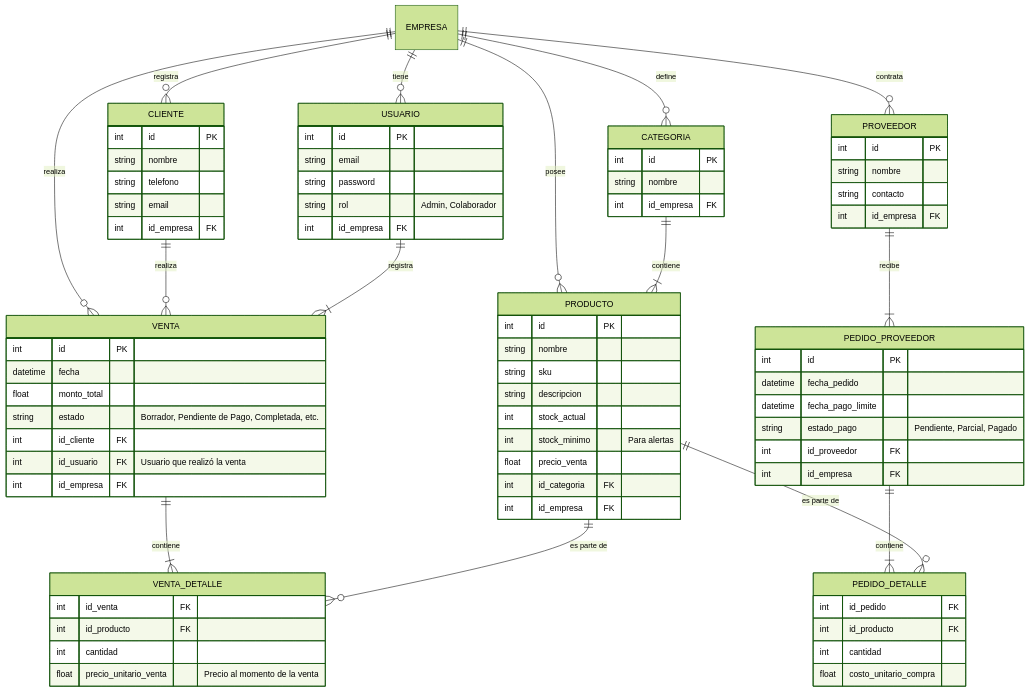
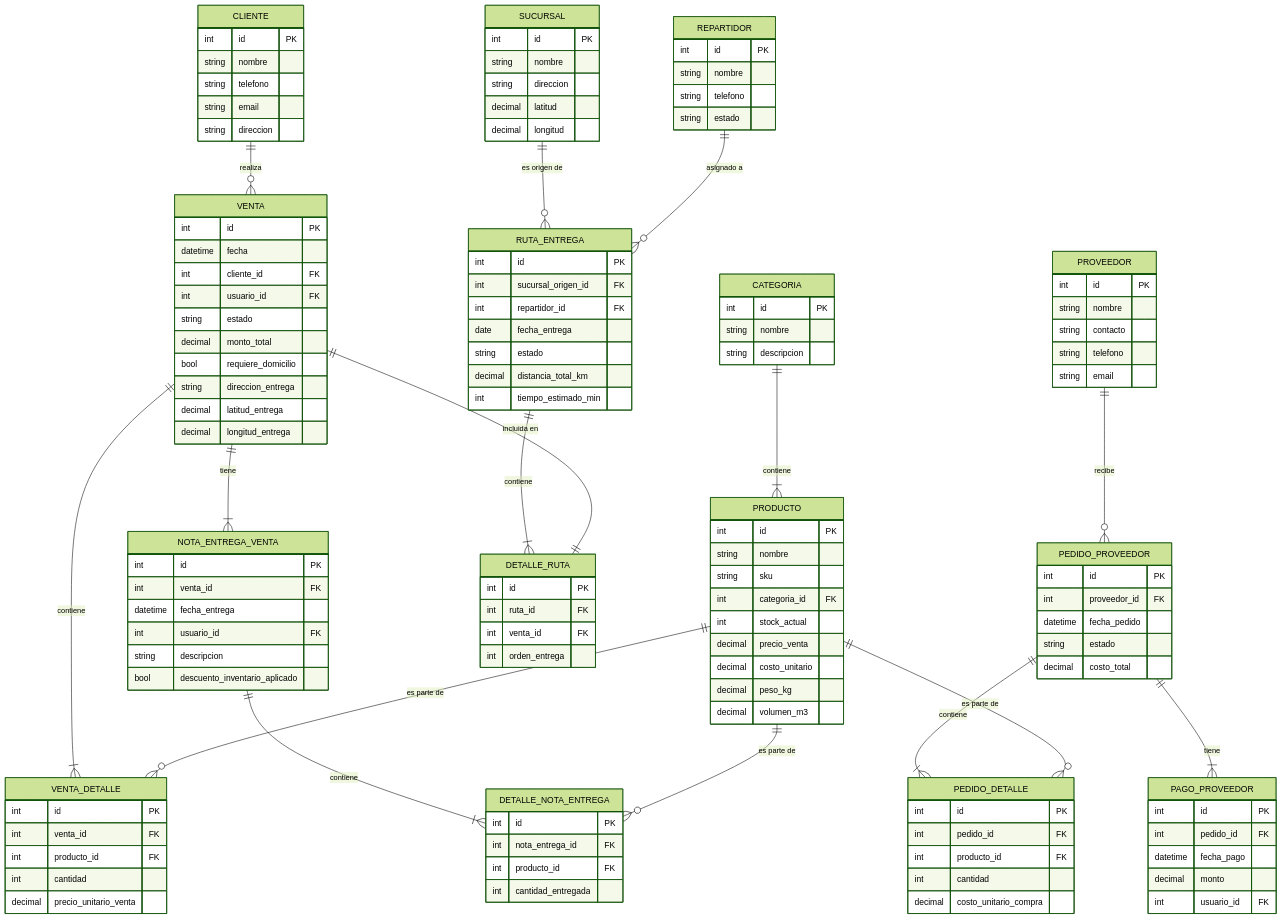
The third of 4 diagrams in README.md (carlosDAC2020/synkro), drawn with Mermaid (forest theme) before and after one commit. The commit also changed other lines of this file and 7 other files, not shown here.

````diff
--- a/README.md
+++ b/README.md
@@ -71,36 +299,21 @@
 ```mermaid
 erDiagram
-    EMPRESA ||--o{ USUARIO : "tiene"
-    EMPRESA ||--o{ PRODUCTO : "posee"
-    EMPRESA ||--o{ CLIENTE : "registra"
-    EMPRESA ||--o{ PROVEEDOR : "contrata"
-    EMPRESA ||--o{ VENTA : "realiza"
-    EMPRESA ||--o{ CATEGORIA : "define"
-
-    USUARIO {
+    CATEGORIA {
         int id PK
-        string email
-        string password
-        string rol "Admin, Colaborador"
-        int id_empresa FK
+        string nombre
+        string descripcion
     }
 
     PRODUCTO {
         int id PK
         string nombre
         string sku
-        string descripcion
+        int categoria_id FK
         int stock_actual
-        int stock_minimo "Para alertas"
-        float precio_venta
-        int id_categoria FK
-        int id_empresa FK
-    }
-
-    CATEGORIA {
-        int id PK
-        string nombre
-        int id_empresa FK
+        decimal precio_venta
+        decimal costo_unitario
+        decimal peso_kg
+        decimal volumen_m3
     }
 
     CLIENTE {
@@ -108,53 +321,113 @@
         string nombre
         string telefono
         string email
-        int id_empresa FK
+        string direccion
     }
 
     PROVEEDOR {
         int id PK
         string nombre
         string contacto
-        int id_empresa FK
+        string telefono
+        string email
     }
 
     VENTA {
         int id PK
         datetime fecha
-        float monto_total
-        string estado "Borrador, Pendiente de Pago, Completada, etc."
-        int id_cliente FK
-        int id_usuario FK "Usuario que realizó la venta"
-        int id_empresa FK
+        int cliente_id FK
+        int usuario_id FK
+        string estado
+        decimal monto_total
+        bool requiere_domicilio
+        string direccion_entrega
+        decimal latitud_entrega
+        decimal longitud_entrega
     }
 
     VENTA_DETALLE {
-        int id_venta FK
-        int id_producto FK
+        int id PK
+        int venta_id FK
+        int producto_id FK
         int cantidad
-        float precio_unitario_venta "Precio al momento de la venta"
+        decimal precio_unitario_venta
     }
 
     PEDIDO_PROVEEDOR {
         int id PK
+        int proveedor_id FK
         datetime fecha_pedido
-        datetime fecha_pago_limite
-        string estado_pago "Pendiente, Parcial, Pagado"
-        int id_proveedor FK
-        int id_empresa FK
+        string estado
+        decimal costo_total
     }
 
     PEDIDO_DETALLE {
-        int id_pedido FK
-        int id_producto FK
+        int id PK
+        int pedido_id FK
+        int producto_id FK
         int cantidad
-        float costo_unitario_compra
+        decimal costo_unitario_compra
+    }
+
+    PAGO_PROVEEDOR {
+        int id PK
+        int pedido_id FK
+        datetime fecha_pago
+        decimal monto
+        int usuario_id FK
+    }
+
+    SUCURSAL {
+        int id PK
+        string nombre
+        string direccion
+        decimal latitud
+        decimal longitud
+    }
+
+    REPARTIDOR {
+        int id PK
+        string nombre
+        string telefono
+        string estado
+    }
+
+    RUTA_ENTREGA {
+        int id PK
+        int sucursal_origen_id FK
+        int repartidor_id FK
+        date fecha_entrega
+        string estado
+        decimal distancia_total_km
+        int tiempo_estimado_min
+    }
+
+    DETALLE_RUTA {
+        int id PK
+        int ruta_id FK
+        int venta_id FK
+        int orden_entrega
+    }
+
+    NOTA_ENTREGA_VENTA {
+        int id PK
+        int venta_id FK
+        datetime fecha_entrega
+        int usuario_id FK
+        string descripcion
+        bool descuento_inventario_aplicado
+    }
+
+    DETALLE_NOTA_ENTREGA {
+        int id PK
+        int nota_entrega_id FK
+        int producto_id FK
+        int cantidad_entregada
     }
 
     CATEGORIA ||--|{ PRODUCTO : "contiene"
     CLIENTE ||--o{ VENTA : "realiza"
-    USUARIO ||--|{ VENTA : "registra"
-    PROVEEDOR ||--|{ PEDIDO_PROVEEDOR : "recibe"
+    PROVEEDOR ||--o{ PEDIDO_PROVEEDOR : "recibe"
     
     VENTA ||--|{ VENTA_DETALLE : "contiene"
     PRODUCTO ||--o{ VENTA_DETALLE : "es parte de"
@@ -162,4 +435,15 @@
     PEDIDO_PROVEEDOR ||--|{ PEDIDO_DETALLE : "contiene"
     PRODUCTO ||--o{ PEDIDO_DETALLE : "es parte de"
 
+    PEDIDO_PROVEEDOR ||--|{ PAGO_PROVEEDOR : "tiene"
+
+    SUCURSAL ||--o{ RUTA_ENTREGA : "es origen de"
+    REPARTIDOR ||--o{ RUTA_ENTREGA : "asignado a"
+
+    RUTA_ENTREGA ||--|{ DETALLE_RUTA : "contiene"
+    VENTA ||--|| DETALLE_RUTA : "incluida en"
+
+    VENTA ||--|{ NOTA_ENTREGA_VENTA : "tiene"
+    NOTA_ENTREGA_VENTA ||--|{ DETALLE_NOTA_ENTREGA : "contiene"
+    PRODUCTO ||--o{ DETALLE_NOTA_ENTREGA : "es parte de"
 ```
````
